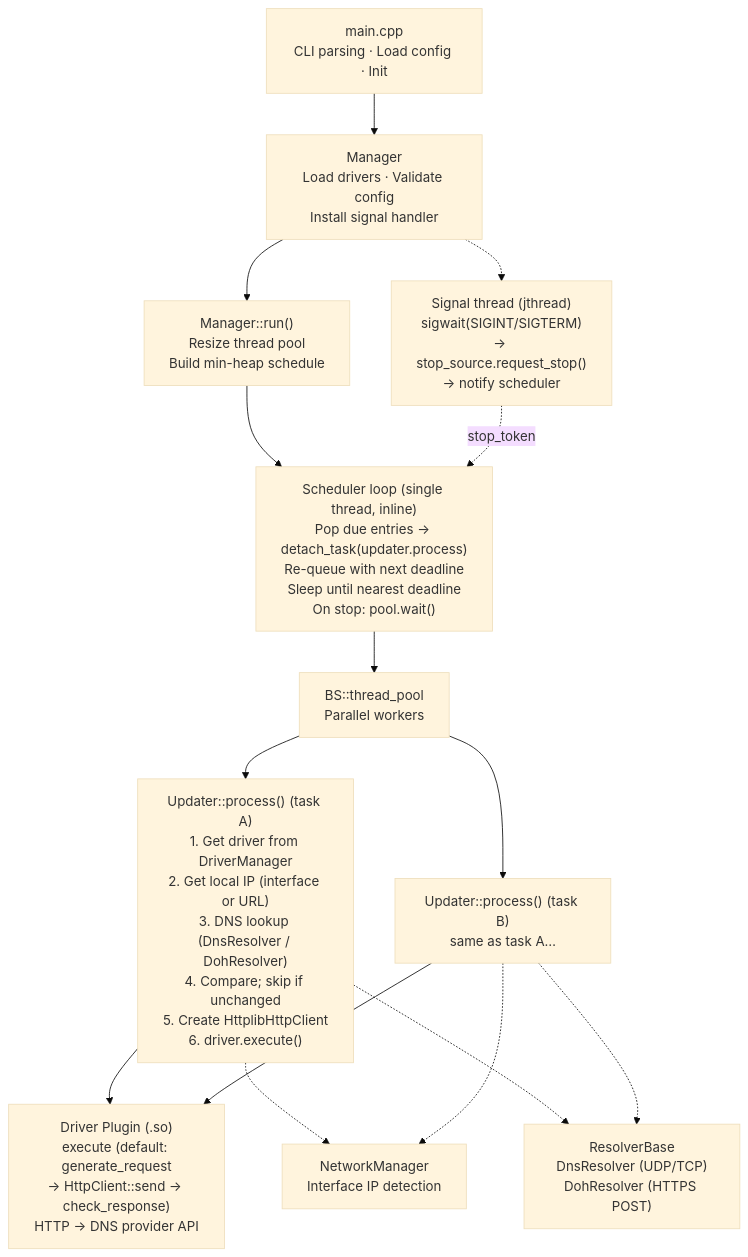
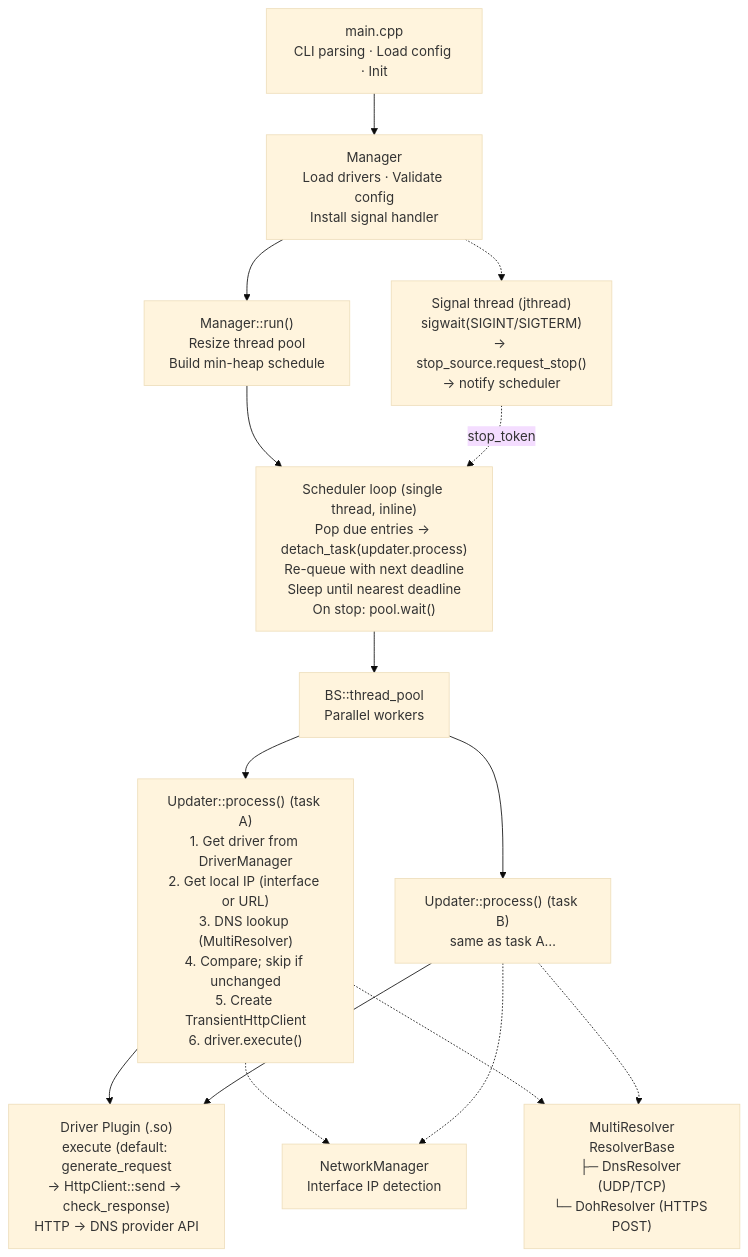
The diagram in README.md (CyberKoo/yaddnsc), drawn with Mermaid (base theme) before and after one commit. The commit also changed other lines of this file and 33 other files, not shown here.

First line of the commit message:
Refactor: restructure DNS resolver module, overhaul HTTP client, and update config

````diff
--- a/README.md
+++ b/README.md
@@ -27,55 +27,56 @@
 ```mermaid
 flowchart TB
     main["main.cpp
 CLI parsing · Load config · Init"]
     mgr["Manager
 Load drivers · Validate config
 Install signal handler"]
     run["Manager::run()
 Resize thread pool
 Build min-heap schedule"]
     sched["Scheduler loop (single thread, inline)
 Pop due entries → detach_task(updater.process)
 Re-queue with next deadline
 Sleep until nearest deadline
 On stop: pool.wait()"]
     signal["Signal thread (jthread)
 sigwait(SIGINT/SIGTERM)
 → stop_source.request_stop()
 → notify scheduler"]
     pool["BS::thread_pool
 Parallel workers"]
     updaterA["Updater::process() (task A)
 1. Get driver from DriverManager
 2. Get local IP (interface or URL)
-3. DNS lookup (DnsResolver / DohResolver)
+3. DNS lookup (MultiResolver)
 4. Compare; skip if unchanged
-5. Create HttplibHttpClient
+5. Create TransientHttpClient
 6. driver.execute()"]
     updaterB["Updater::process() (task B)
 same as task A…"]
     driver["Driver Plugin (.so)
 execute (default: generate_request
 → HttpClient::send → check_response)
 HTTP → DNS provider API"]
     net["NetworkManager
 Interface IP detection"]
-    dns["ResolverBase
-DnsResolver (UDP/TCP)
-DohResolver (HTTPS POST)"]
+    dns["MultiResolver
+ResolverBase
+├─ DnsResolver (UDP/TCP)
+└─ DohResolver (HTTPS POST)"]
 
     main --> mgr
     mgr --> run
     run --> sched
     mgr -.-> signal
     signal -.->|stop_token| sched
     sched --> pool
     pool --> updaterA
     pool --> updaterB
     updaterA --> driver
     updaterB --> driver
     updaterA -.-> net
     updaterB -.-> net
     updaterA -.-> dns
     updaterB -.-> dns
 ```
````
